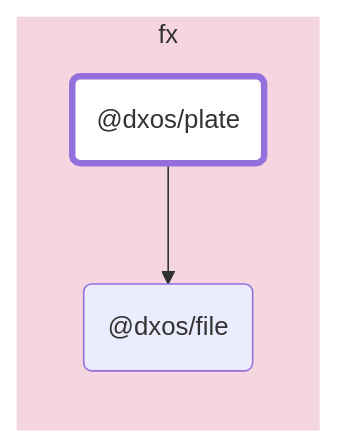
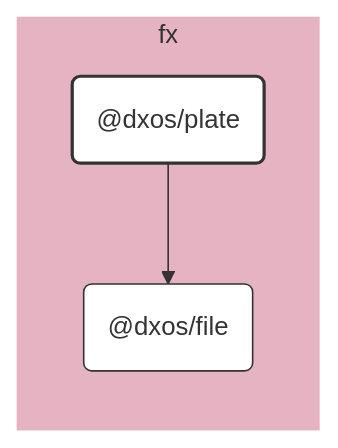
The diagram in packages/fx/plate/docs/README.md (dxos/dxos), drawn with Mermaid before and after one commit. The commit also changed 69 other files, not shown here.

````diff
--- a/packages/fx/plate/docs/README.md
+++ b/packages/fx/plate/docs/README.md
@@ -7,15 +7,29 @@
 ```mermaid
-flowchart LR;
+%%{ init: {'flowchart':{'curve':'basis'}} }%%
 
-style dxos/plate fill:#fff,stroke-width:4px;
+flowchart LR
 
-click dxos/file "https:/github.com/dxos/dxos/tree/main/packages/fx/file/docs";
+%% Links
+dxos/plate --> dxos/file;
 
+%% Sections
 subgraph fx
-  style fx fill:#f5d6e0,stroke:#fff;
-  dxos/plate("@dxos/plate");
-  dxos/file("@dxos/file");
+  style fx fill:#e6b3c3,stroke:#fff;
+
+  dxos/file("@dxos/file")
+  dxos/plate("@dxos/plate")
 end
 
-dxos/plate --> dxos/file;
+
+%% Hyperlinks
+click dxos/file "dxos/dxos/tree/main/packages/fx/file/docs";
+
+%% Styles
+classDef rootNode fill:#fff,stroke:#333,stroke-width:2px
+classDef defaultNode fill:#fff,stroke:#333,stroke-width:1px
+linkStyle default stroke:#333,stroke-width:1px
+
+dxos/plate:::rootNode
+
+dxos/file:::defaultNode
 ```
````
